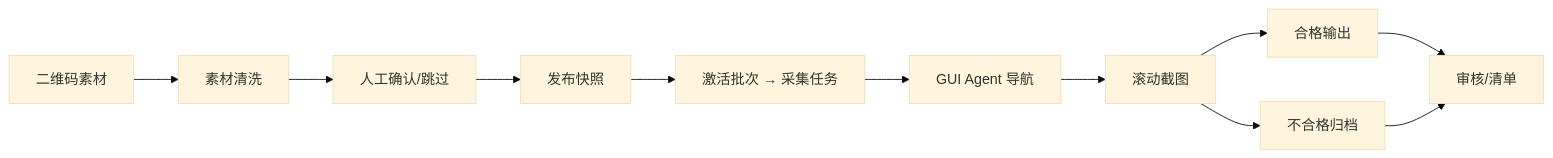
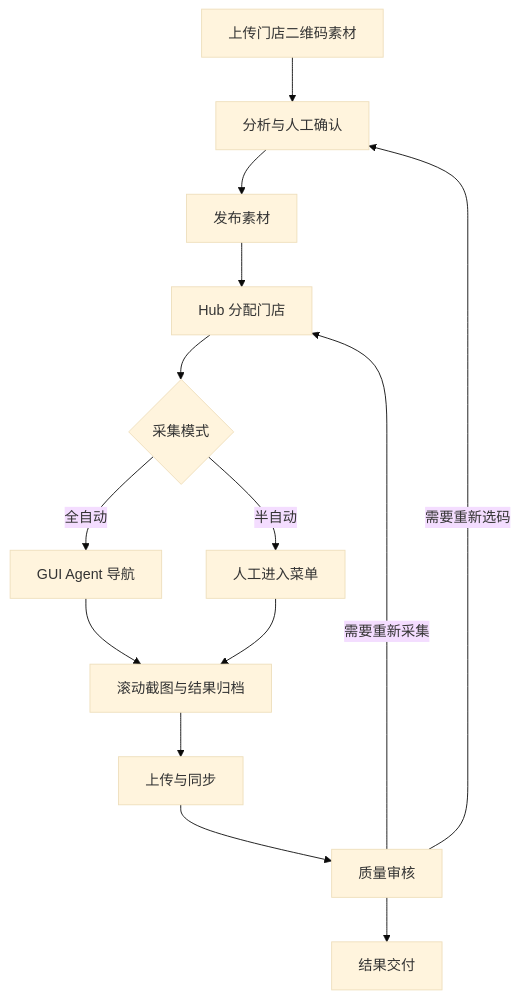
The second of 2 diagrams in README.md (zhaoyongze123/wechat-miniapp-menu-agent), drawn with Mermaid (base theme) before and after one commit. The commit also changed other lines of this file, not shown here.

````diff
--- a/README.md
+++ b/README.md
@@ -41,13 +70,16 @@
 ```mermaid
-flowchart LR
-    A[二维码素材] --> B[素材清洗]
-    B --> C[人工确认/跳过]
-    C --> D[发布快照]
-    D --> E[激活批次 → 采集任务]
-    E --> F[GUI Agent 导航]
-    F --> G[滚动截图]
-    G --> H[合格输出]
-    G --> I[不合格归档]
-    H --> J[审核/清单]
-    I --> J
+flowchart TD
+    A["上传门店二维码素材"] --> B["分析与人工确认"]
+    B --> C["发布素材"]
+    C --> D["Hub 分配门店"]
+    D --> E{"采集模式"}
+    E -->|全自动| F["GUI Agent 导航"]
+    E -->|半自动| G["人工进入菜单"]
+    F --> H["滚动截图与结果归档"]
+    G --> H
+    H --> I["上传与同步"]
+    I --> J["质量审核"]
+    J --> K["结果交付"]
+    J -->|需要重新采集| D
+    J -->|需要重新选码| B
 ```
````
